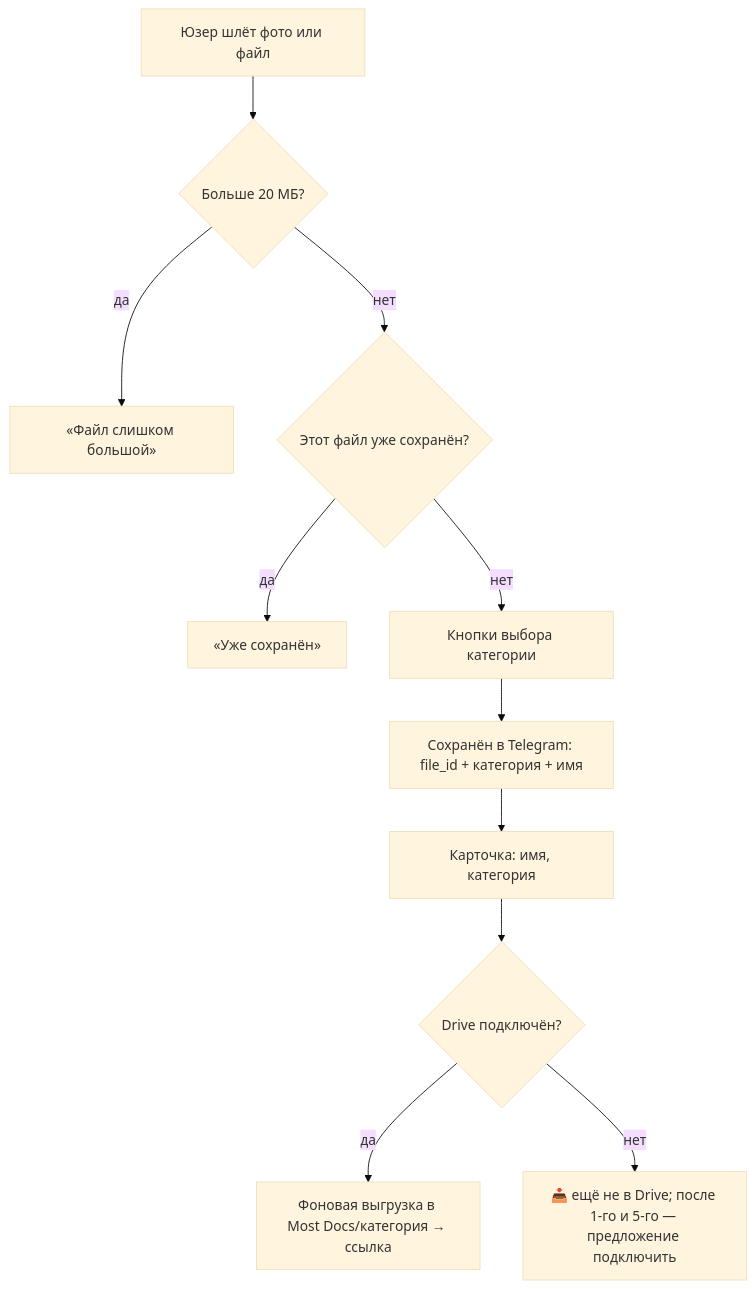
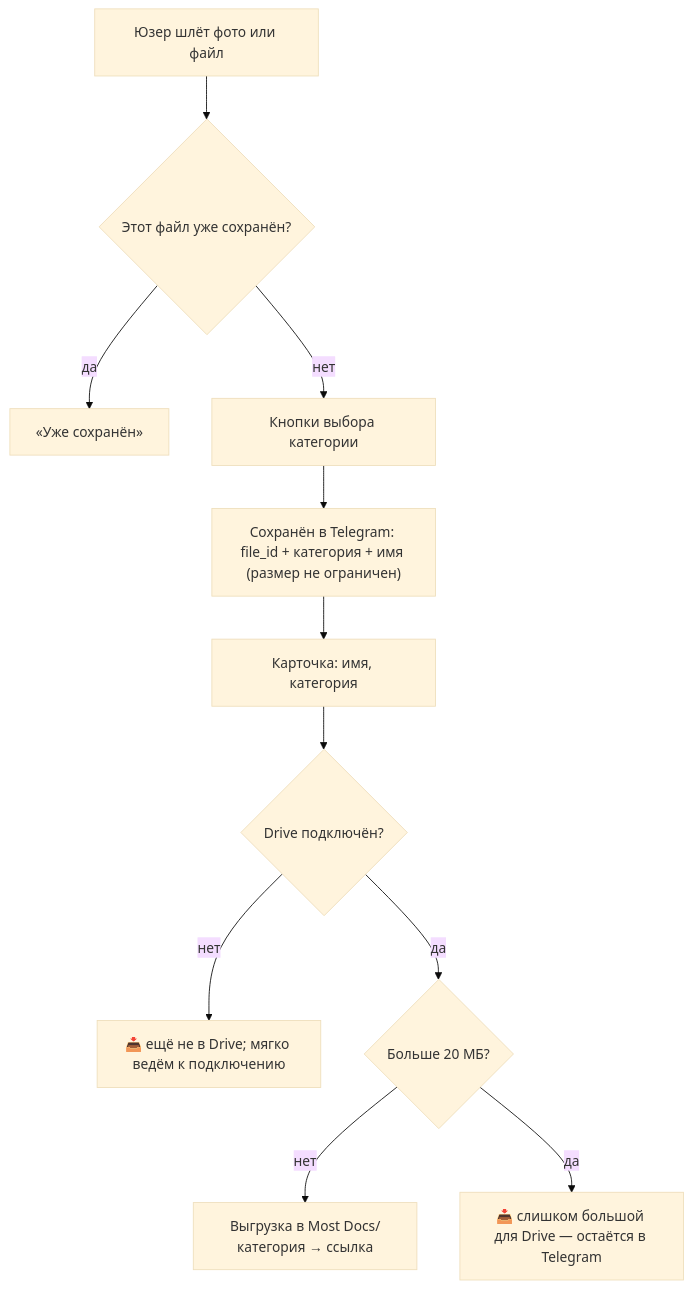
Before and after one commit to alexe0110/most-app: the diagram in docs/product.md, drawn with Mermaid (base theme). The commit also changed other lines of this file and 5 other files, not shown here.

````diff
--- a/docs/product.md
+++ b/docs/product.md
@@ -55,13 +55,13 @@
 ```mermaid
 flowchart TD
-    A[Юзер шлёт фото или файл] --> S{Больше 20 МБ?}
-    S -- да --> S1[«Файл слишком большой»]
-    S -- нет --> U{Этот файл уже сохранён?}
+    A[Юзер шлёт фото или файл] --> U{Этот файл уже сохранён?}
     U -- да --> U1[«Уже сохранён»]
     U -- нет --> D[Кнопки выбора категории]
-    D --> E["Сохранён в Telegram: file_id + категория + имя"]
+    D --> E["Сохранён в Telegram: file_id + категория + имя (размер не ограничен)"]
     E --> F[Карточка: имя, категория]
     F --> B{Drive подключён?}
-    B -- да --> G["Фоновая выгрузка в Most Docs/категория → ссылка"]
-    B -- нет --> H["📥 ещё не в Drive; после 1-го и 5-го — предложение подключить"]
+    B -- нет --> H["📥 ещё не в Drive; мягко ведём к подключению"]
+    B -- да --> SZ{Больше 20 МБ?}
+    SZ -- нет --> G["Выгрузка в Most Docs/категория → ссылка"]
+    SZ -- да --> GZ["📥 слишком большой для Drive — остаётся в Telegram"]
 ```
````
